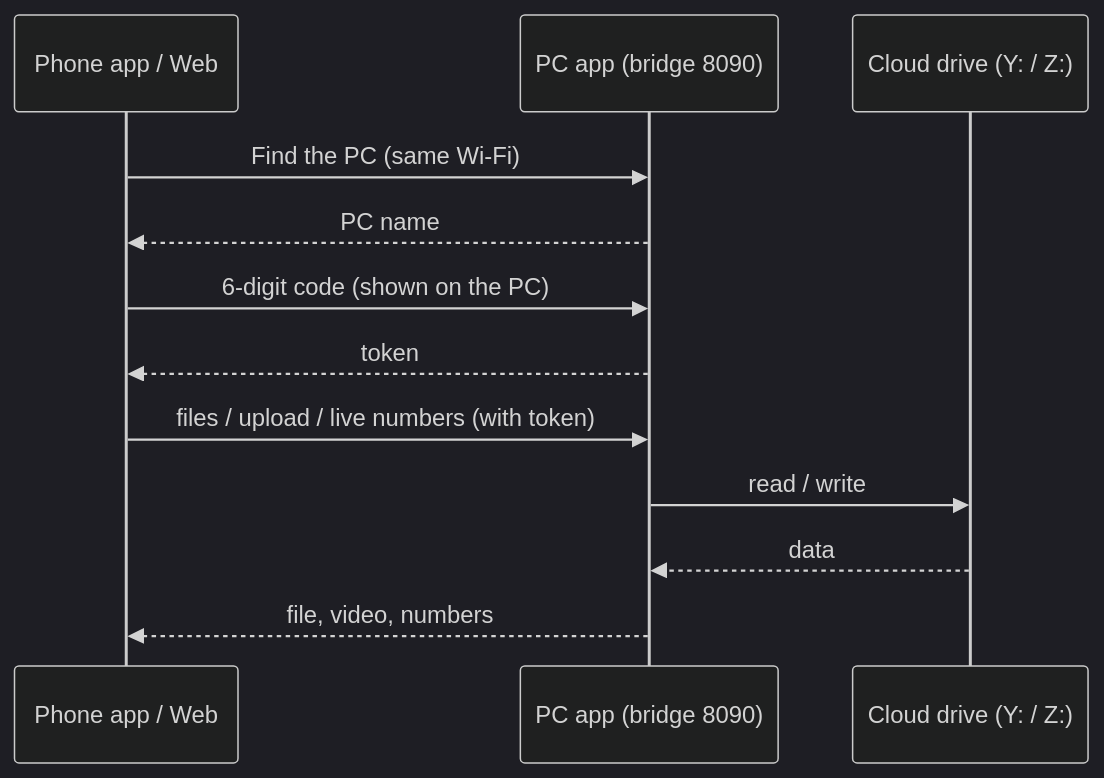
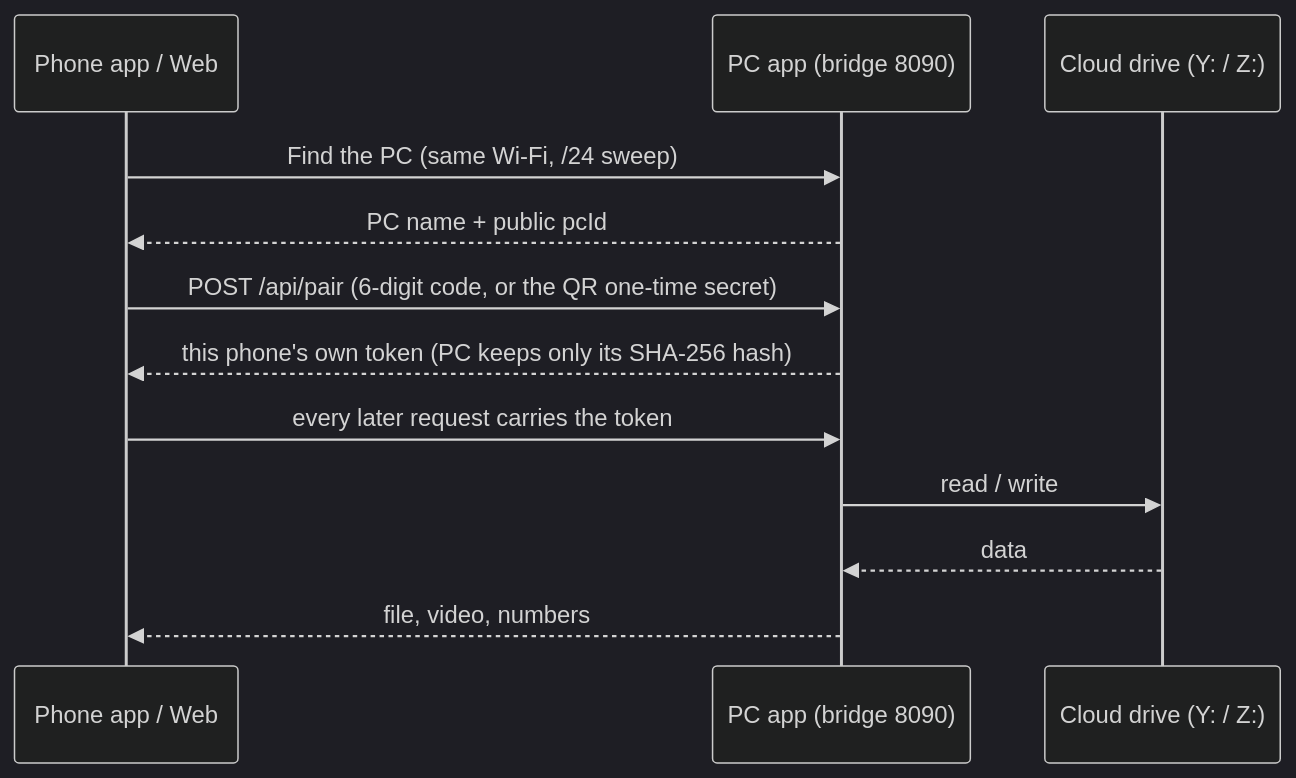
The second of 3 diagrams in Cloud-SSD/Cloud-SSD/Cloud-SSD/README.md (allproject121/Cloud-Drive), drawn with Mermaid (dark theme) before and after one commit. The commit also changed other lines of this file and 642 other files, not shown here.

````diff
--- a/Cloud-SSD/Cloud-SSD/Cloud-SSD/README.md
+++ b/Cloud-SSD/Cloud-SSD/Cloud-SSD/README.md
@@ -713,14 +348,14 @@
 ```mermaid
 sequenceDiagram
     participant P as Phone app / Web
     participant B as PC app (bridge 8090)
     participant D as Cloud drive (Y: / Z:)
-    P->>B: Find the PC (same Wi-Fi)
-    B-->>P: PC name
-    P->>B: 6-digit code (shown on the PC)
-    B-->>P: token
-    P->>B: files / upload / live numbers (with token)
+    P->>B: Find the PC (same Wi-Fi, /24 sweep)
+    B-->>P: PC name + public pcId
+    P->>B: POST /api/pair (6-digit code, or the QR one-time secret)
+    B-->>P: this phone's own token (PC keeps only its SHA-256 hash)
+    P->>B: every later request carries the token
     B->>D: read / write
     D-->>B: data
     B-->>P: file, video, numbers
 ```
````
